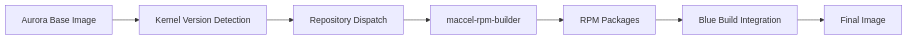
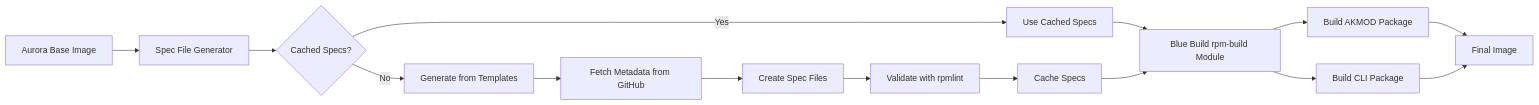
Before and after one commit to abirkel/MyAuroraBluebuild: the diagram in README.md, drawn with Mermaid. The commit also changed other lines of this file and 2 other files, not shown here.

First line of the commit message:
docs: update documentation for self-contained build approach

````diff
--- a/README.md
+++ b/README.md
@@ -398,9 +444,17 @@
 ```mermaid
 graph LR
-    A[Aurora Base Image] --> B[Kernel Version Detection]
-    B --> C[Repository Dispatch]
-    C --> D[maccel-rpm-builder]
-    D --> E[RPM Packages]
-    E --> F[Blue Build Integration]
-    F --> G[Final Image]
+    A[Aurora Base Image] --> B[Spec File Generator]
+    B --> C{Cached Specs?}
+    C -->|Yes| D[Use Cached Specs]
+    C -->|No| E[Generate from Templates]
+    E --> F[Fetch Metadata from GitHub]
+    F --> G[Create Spec Files]
+    G --> H[Validate with rpmlint]
+    H --> I[Cache Specs]
+    D --> J[Blue Build rpm-build Module]
+    I --> J
+    J --> K[Build AKMOD Package]
+    J --> L[Build CLI Package]
+    K --> M[Final Image]
+    L --> M
 ```
````
